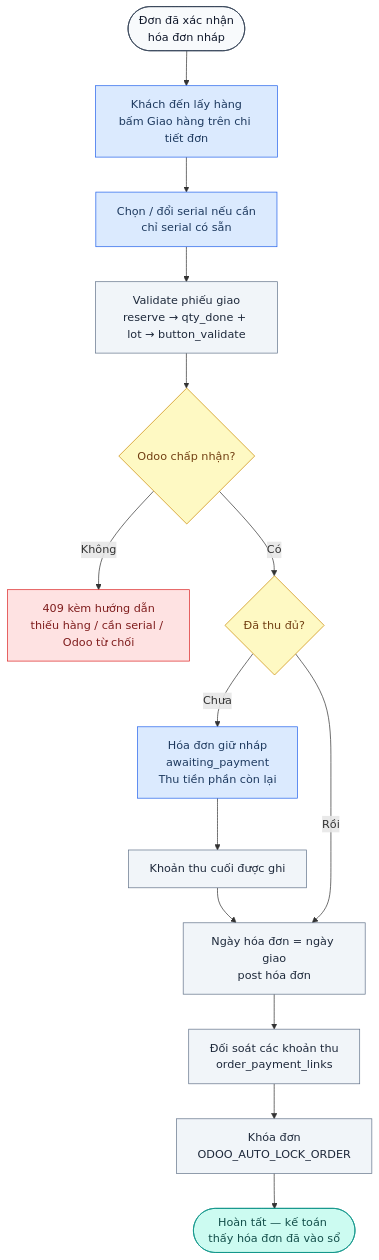
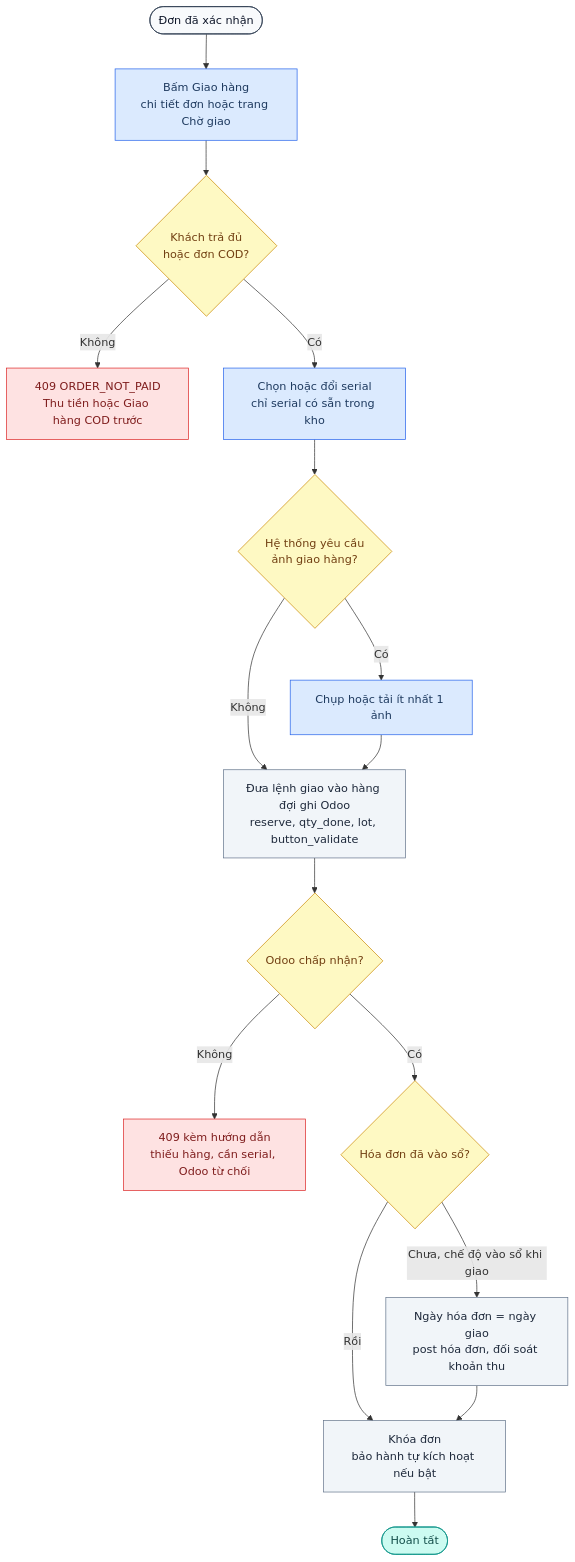
The ninth of 20 diagrams in process_flow.md (ngohuuduc/VJ_mobile_POS), drawn with Mermaid before and after one commit. The commit also changed other lines of this file and 1 other file, not shown here.

First line of the commit message:
docs: process_flow.md + scope.md khớp code hiện tại (đăng nhập Microsoft, VietQR/COD, Chờ giao & Nháp, khách ký, đổi hàng, Tiền đã chuyển)

````diff
--- a/process_flow.md
+++ b/process_flow.md
@@ -462,33 +544,25 @@
 ```mermaid
 flowchart TD
     classDef user fill:#DBEAFE,stroke:#2563EB,color:#1e3a5f
     classDef system fill:#F1F5F9,stroke:#64748B,color:#1e293b
     classDef accountant fill:#CCFBF1,stroke:#0D9488,color:#134E4A
     classDef decision fill:#FEF9C3,stroke:#CA8A04,color:#713f12
     classDef terminal fill:#F8FAFC,stroke:#334155,color:#0f172a
     classDef warning fill:#FEE2E2,stroke:#DC2626,color:#7f1d1d
 
-    A([Đơn đã xác nhận
-hóa đơn nháp]):::terminal --> B[Khách đến lấy hàng
-bấm Giao hàng trên chi tiết đơn]:::user
-    B --> C[Chọn / đổi serial nếu cần
-chỉ serial có sẵn]:::user
-    C --> D[Validate phiếu giao
-reserve → qty_done + lot → button_validate]:::system
+    A([Đơn đã xác nhận]):::terminal --> B[Bấm Giao hàng\nchi tiết đơn hoặc trang Chờ giao]:::user
+    B --> P{Khách trả đủ\nhoặc đơn COD?}:::decision
+    P -- Không --> PW[409 ORDER_NOT_PAID\nThu tiền hoặc Giao hàng COD trước]:::warning
+    P -- Có --> C[Chọn hoặc đổi serial\nchỉ serial có sẵn trong kho]:::user
+    C --> PH{Hệ thống yêu cầu\nảnh giao hàng?}:::decision
+    PH -- Có --> PH1[Chụp hoặc tải ít nhất 1 ảnh]:::user
+    PH -- Không --> D
+    PH1 --> D[Đưa lệnh giao vào hàng đợi ghi Odoo\nreserve, qty_done, lot, button_validate]:::system
     D --> E{Odoo chấp nhận?}:::decision
-    E -- Không --> W[409 kèm hướng dẫn
-thiếu hàng / cần serial / Odoo từ chối]:::warning
-    E -- Có --> F{Đã thu đủ?}:::decision
-    F -- Chưa --> G[Hóa đơn giữ nháp
-awaiting_payment
-Thu tiền phần còn lại]:::user
-    G --> H[Khoản thu cuối được ghi]:::system
-    H --> I
-    F -- Rồi --> I[Ngày hóa đơn = ngày giao
-post hóa đơn]:::system
-    I --> J[Đối soát các khoản thu
-order_payment_links]:::system
-    J --> K[Khóa đơn
-ODOO_AUTO_LOCK_ORDER]:::system
-    K --> L([Hoàn tất — kế toán thấy hóa đơn đã vào sổ]):::accountant
+    E -- Không --> W[409 kèm hướng dẫn\nthiếu hàng, cần serial, Odoo từ chối]:::warning
+    E -- Có --> F{Hóa đơn đã vào sổ?}:::decision
+    F -- Rồi --> K
+    F -- Chưa, chế độ vào sổ khi giao --> I[Ngày hóa đơn = ngày giao\npost hóa đơn, đối soát khoản thu]:::system
+    I --> K[Khóa đơn\nbảo hành tự kích hoạt nếu bật]:::system
+    K --> L([Hoàn tất]):::accountant
 ```
````
